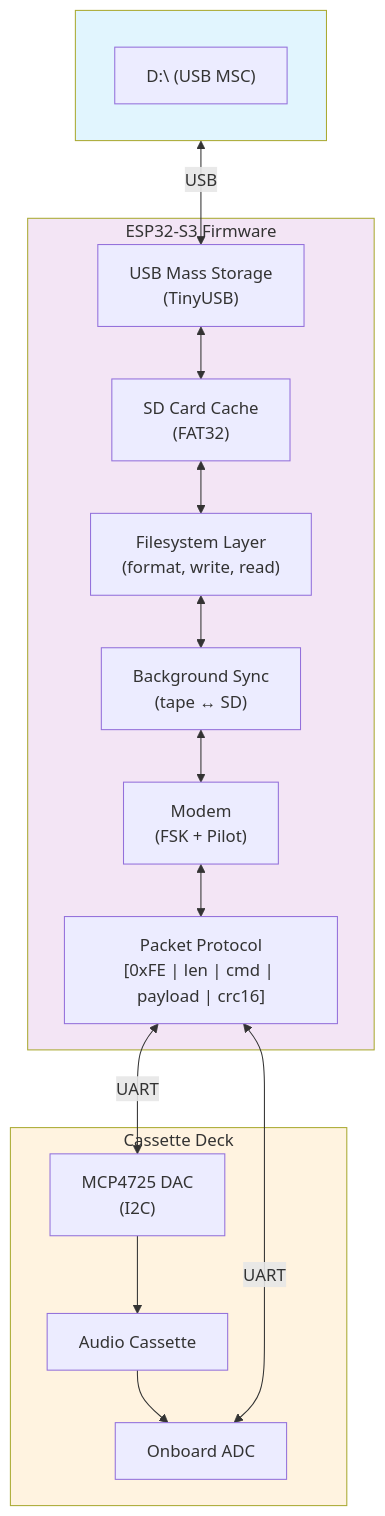
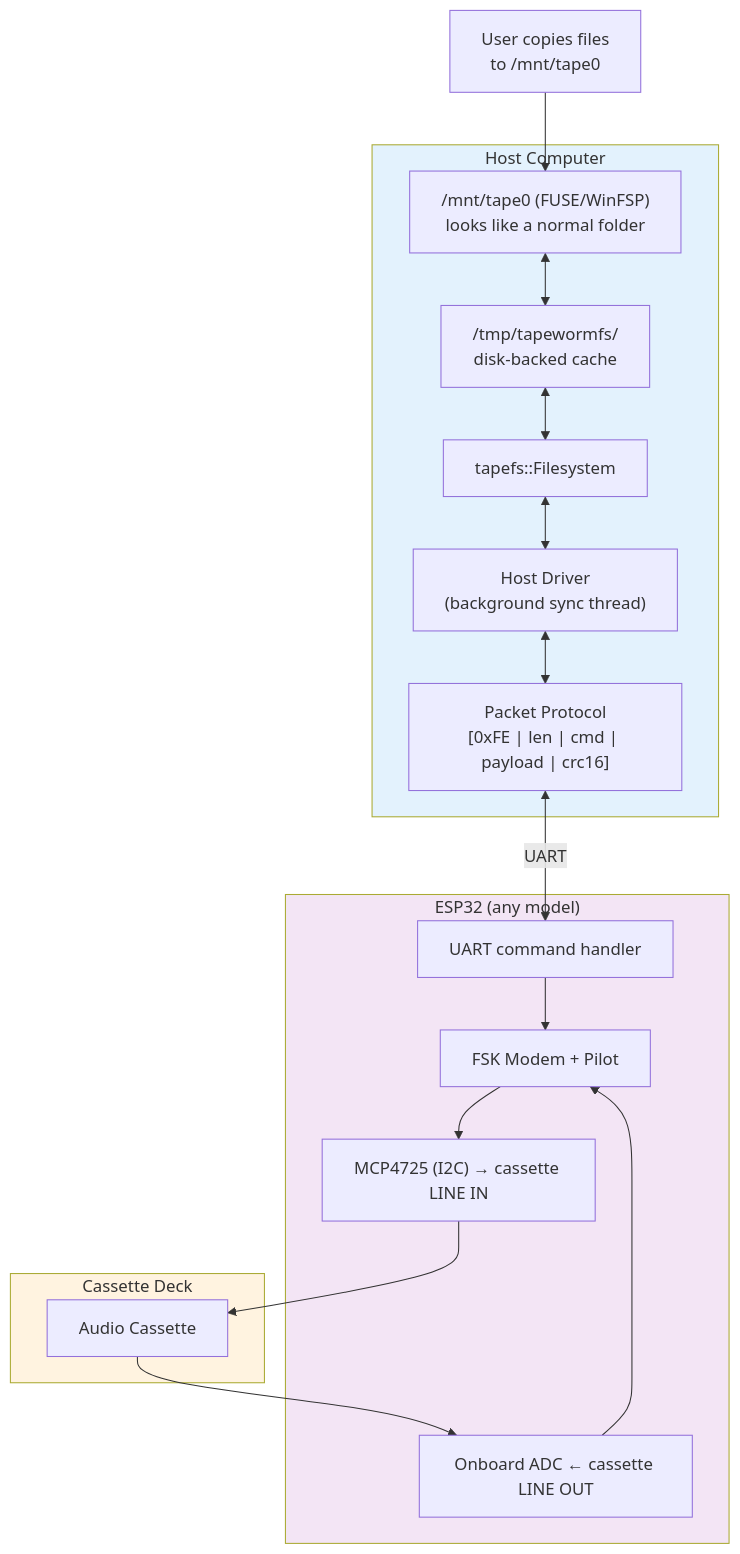
One commit to Daniel-R-Thornton/TapewormFS changed the first of 2 diagrams in ARCHITECTURE.md. Above: the diagram before and after it, drawn with Mermaid. The commit also changed other lines of this file and 3 other files, not shown here.

First line of the commit message:
feat: host driver + fix architecture docs

````diff
--- a/ARCHITECTURE.md
+++ b/ARCHITECTURE.md
@@ -10,37 +11,35 @@
 ```mermaid
 flowchart TB
-    subgraph User[" "]
-        D["D:\ (USB MSC)"]
+    subgraph Host["Host Computer"]
+        MOUNT["/mnt/tape0 (FUSE/WinFSP)<br/>looks like a normal folder"]
+        CACHE["/tmp/tapewormfs/<br/>disk-backed cache"]
+        FS["tapefs::Filesystem"]
+        DRIVER["Host Driver<br/>(background sync thread)"]
+        PROTO["Packet Protocol<br/>[0xFE | len | cmd | payload | crc16]"]
     end
 
-    subgraph ESP32["ESP32-S3 Firmware"]
-        USB["USB Mass Storage<br/>(TinyUSB)"]
-        SD["SD Card Cache<br/>(FAT32)"]
-        FS["Filesystem Layer<br/>(format, write, read)"]
-        SYNC["Background Sync<br/>(tape ↔ SD)"]
-        MODEM["Modem<br/>(FSK + Pilot)"]
-        PROTO["Packet Protocol<br/>[0xFE | len | cmd | payload | crc16]"]
-
-        USB <--> SD
-        SD <--> FS
-        FS <--> SYNC
-        SYNC <--> MODEM
-        MODEM <--> PROTO
+    subgraph ESP32["ESP32 (any model)"]
+        UART["UART command handler"]
+        MODEM["FSK Modem + Pilot"]
+        DAC["MCP4725 (I2C) → cassette LINE IN"]
+        ADC["Onboard ADC ← cassette LINE OUT"]
     end
 
     subgraph Tape["Cassette Deck"]
-        DAC["MCP4725 DAC<br/>(I2C)"]
-        ADC["Onboard ADC"]
-        TAPE["Audio Cassette"]
-        DAC --> TAPE
-        TAPE --> ADC
+        MEDIA["Audio Cassette"]
     end
 
-    User <-- USB --> USB
-    PROTO <-- UART --> DAC
-    ADC <-- UART --> PROTO
+    User["User copies files<br/>to /mnt/tape0"] --> MOUNT
+    MOUNT <--> CACHE
+    CACHE <--> FS
+    FS <--> DRIVER
+    DRIVER <--> PROTO
+    PROTO <-- UART --> UART
+    UART --> MODEM
+    MODEM --> DAC --> MEDIA
+    MEDIA --> ADC --> MODEM
 
-    style User fill:#e1f5fe
+    style Host fill:#e3f2fd
     style ESP32 fill:#f3e5f5
     style Tape fill:#fff3e0
 ```
````
